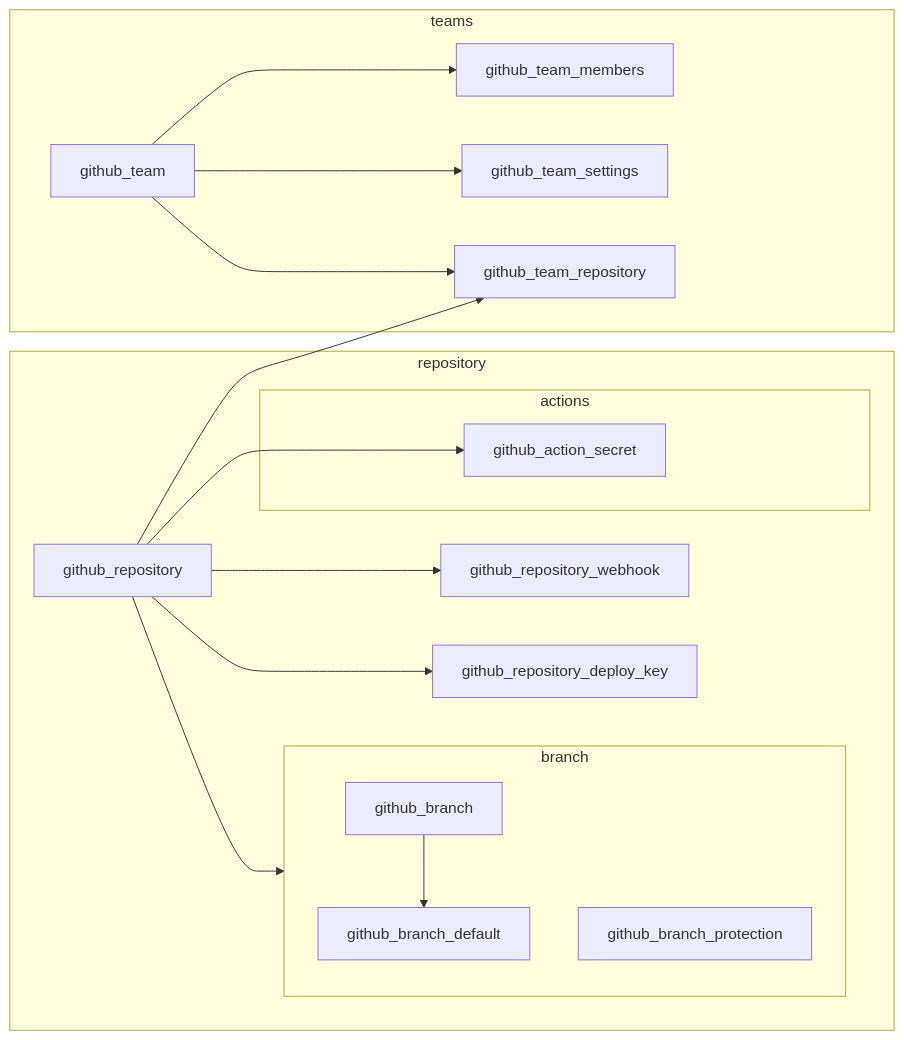
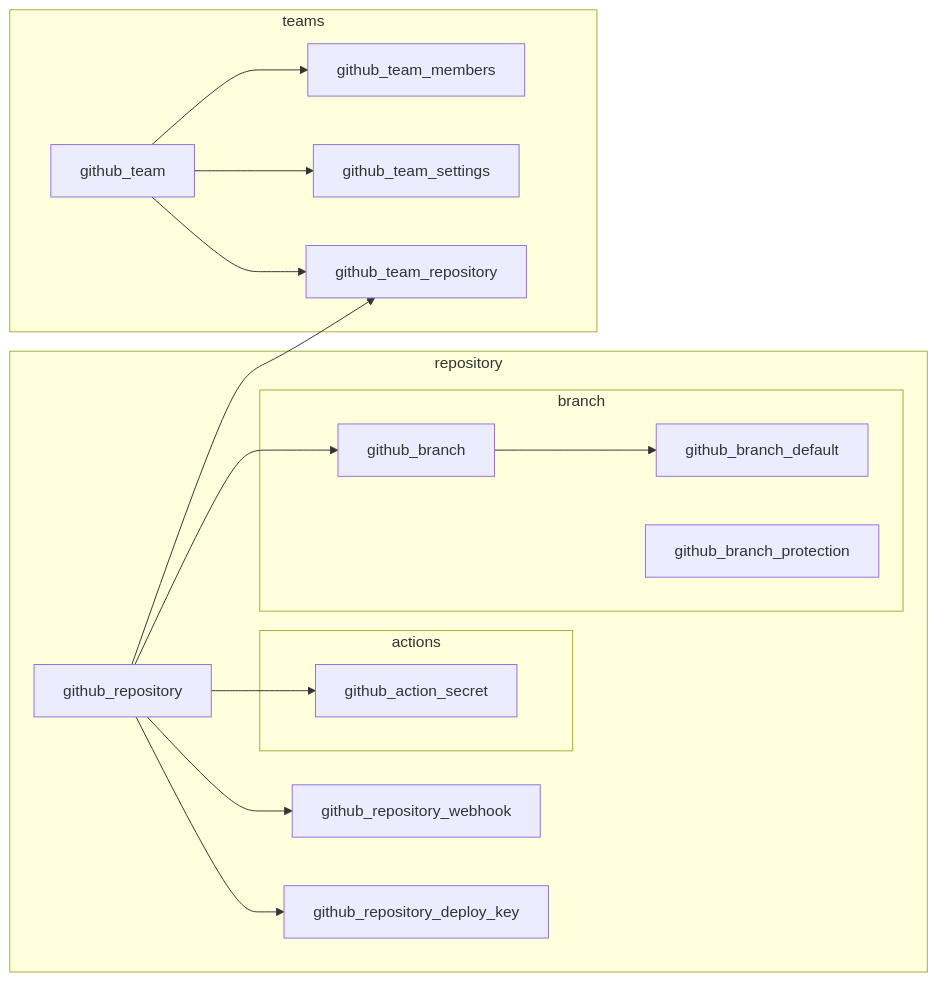
One commit to crossplane-contrib/provider-upjet-github changed the first of 2 diagrams in docs/design.md. Above: the diagram before and after it, drawn with Mermaid.

Commit message:
reorder connection

````diff
--- a/docs/design.md
+++ b/docs/design.md
@@ -4,22 +4,22 @@
 ```mermaid
 graph LR
     github_repository --> github_team_repository
-    github_repository --> branch
+    github_repository --> github_branch
     github_repository --> github_action_secret
     subgraph repository
         github_repository --> github_repository_webhook
         github_repository --> github_repository_deploy_key
         subgraph branch
             github_branch --> github_branch_default
             github_branch_protection
         end
         subgraph actions
             github_action_secret
         end
     end
     subgraph teams
         github_team --> github_team_members
         github_team --> github_team_settings
         github_team --> github_team_repository
     end
 ```
````
